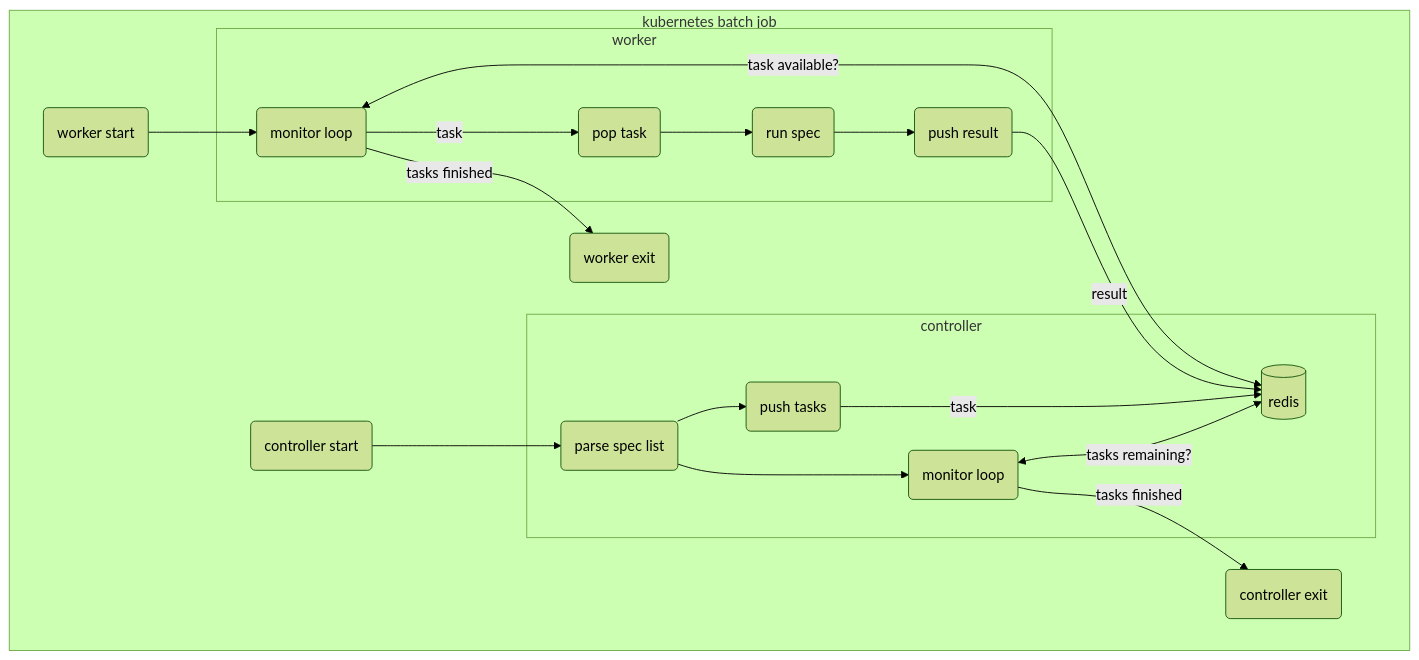
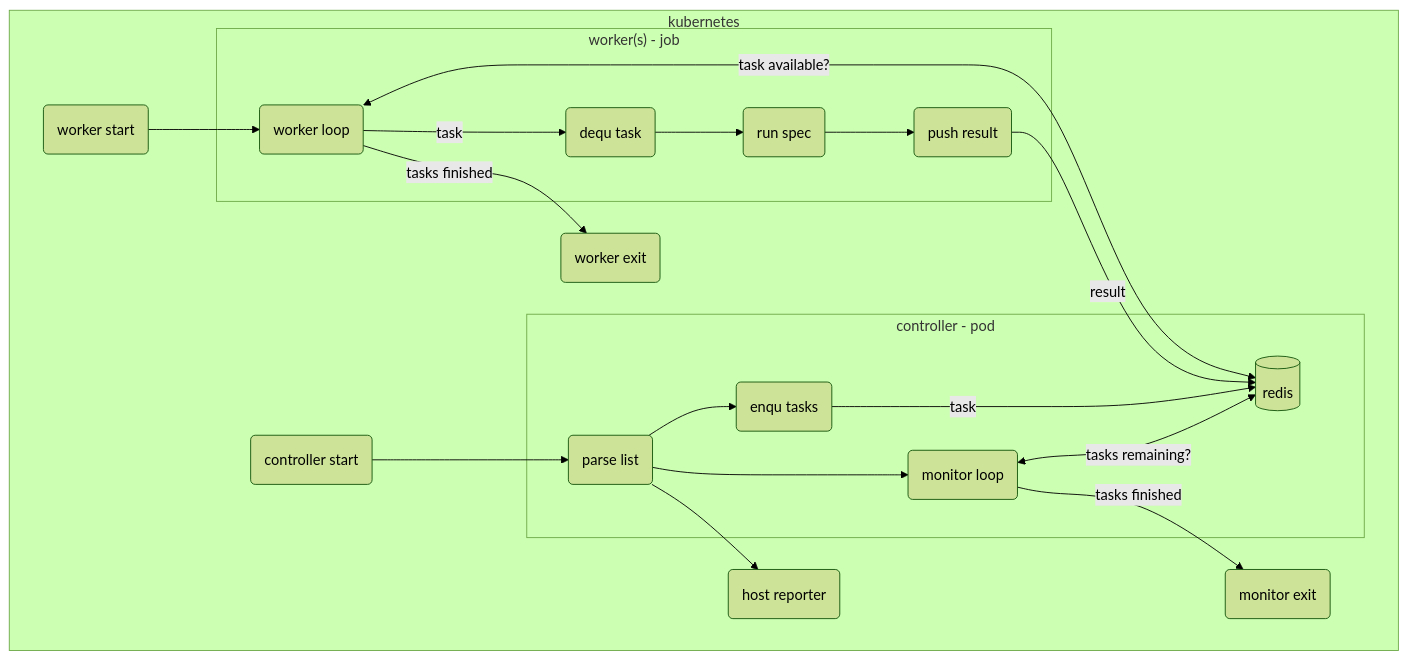
Before and after one commit to bspain/funkytown: the diagram in README.md, drawn with Mermaid (forest theme). The commit also changed other lines of this file, not shown here.

Commit message:
readme: hosting reporter info

````diff
--- a/README.md
+++ b/README.md
@@ -10,22 +12,23 @@
 ```mermaid
 flowchart
-    subgraph K["kubernetes batch job"]
+    subgraph K["kubernetes"]
         CS(controller start) --> PL
-        subgraph C ["controller"]
-            PL(parse spec list) --> PST(push tasks)
+        subgraph C ["controller - pod"]
+            PL(parse list) --> PST(enqu tasks)
             PL --> ML(monitor loop)
             PST --->|task| RDB[(redis)]
             ML <-->|tasks remaining?| RDB
         end
         WS(worker start) --> ML2
-        subgraph W ["worker"]
-            ML2(monitor loop) <-->|task available?| RDB
-            ML2 -->|task| POT(pop task)
+        subgraph W ["worker(s) - job"]
+            ML2(worker loop) <-->|task available?| RDB
+            ML2 -->|task| POT(dequ task)
             POT --> RS(run spec)
             RS --> PR(push result)
             PR -->|result| RDB
         end
-        ML -->|tasks finished| CE(controller exit)
+        PL --> HR(host reporter)
+        ML -->|tasks finished| CE(monitor exit)
         ML2 -->|tasks finished| WE(worker exit)
     end
 ```
````
